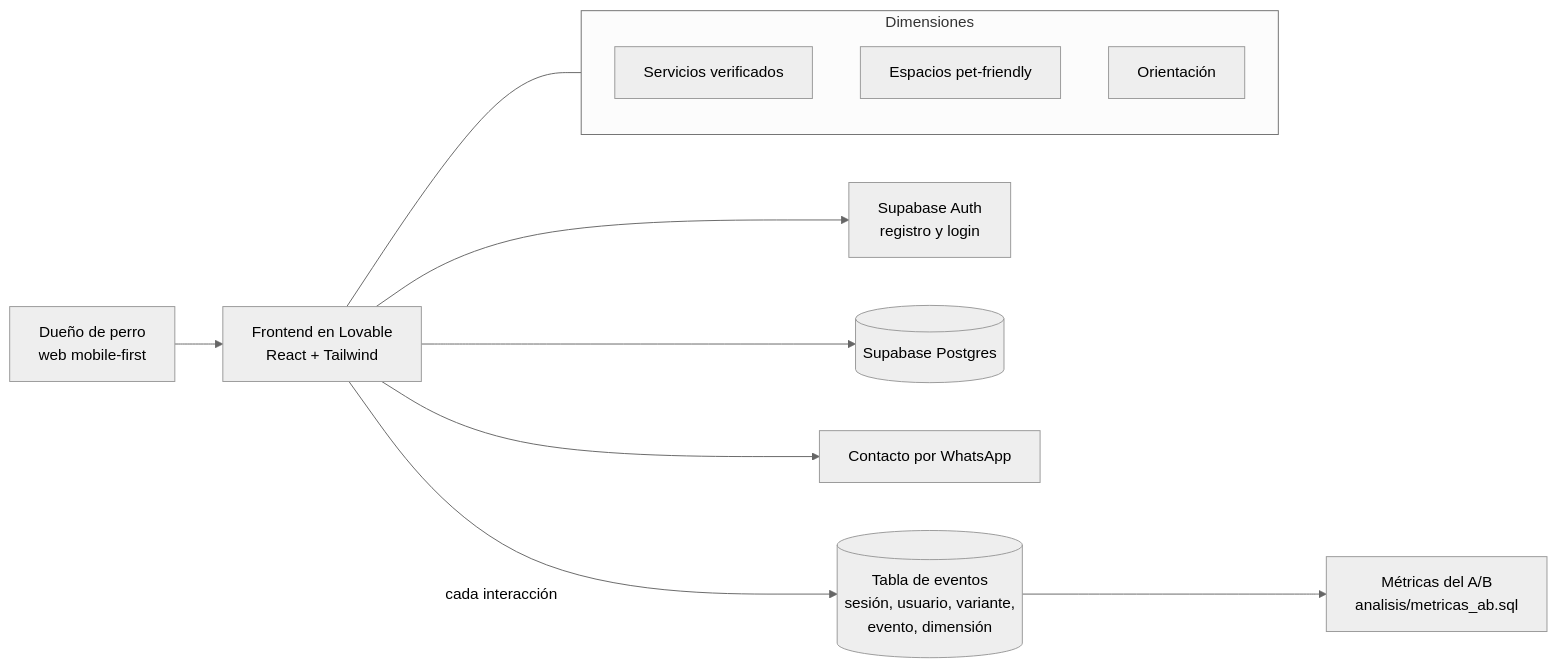
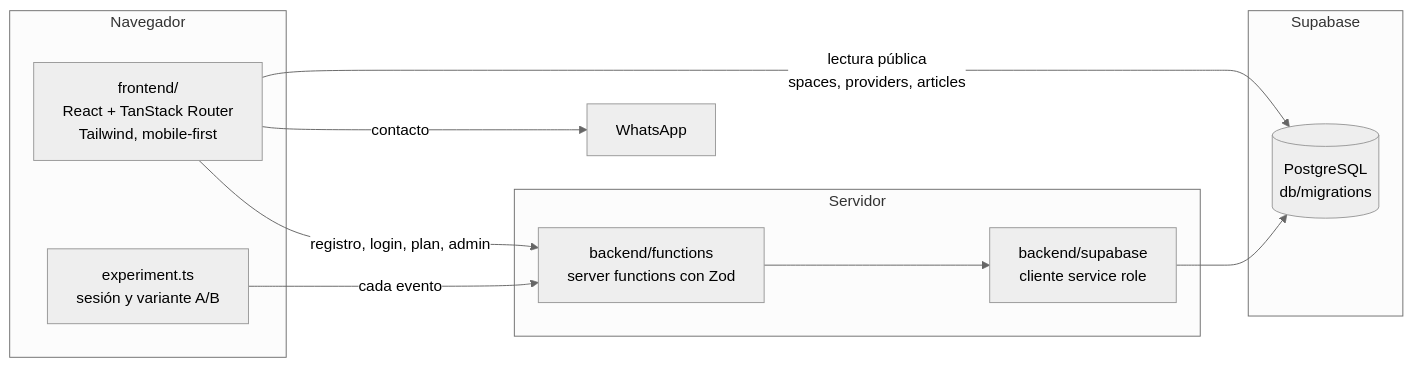
The diagram in README.md (rominacor21/hauz-marketplace-mascotas), drawn with Mermaid (neutral theme) before and after one commit. The commit also changed other lines of this file and 64 other files, not shown here.

First line of the commit message:
Código real de Hauz separado en frontend, backend, db y specs

````diff
--- a/README.md
+++ b/README.md
@@ -14,15 +14,19 @@
 ```mermaid
 flowchart LR
-    U[Dueño de perro<br/>web mobile-first] --> F[Frontend en Lovable<br/>React + Tailwind]
-    F --> A[Supabase Auth<br/>registro y login]
-    F --> D[(Supabase Postgres)]
-    F --> W[Contacto por WhatsApp]
-    subgraph Dimensiones
-      S[Servicios verificados]
-      E[Espacios pet-friendly]
-      O[Orientación]
+    subgraph Navegador
+      UI[frontend/<br/>React + TanStack Router<br/>Tailwind, mobile-first]
+      EXP[experiment.ts<br/>sesión y variante A/B]
     end
-    F --- Dimensiones
-    F -- cada interacción --> EV[(Tabla de eventos<br/>sesión, usuario, variante,<br/>evento, dimensión)]
-    EV --> M[Métricas del A/B<br/>analisis/metricas_ab.sql]
+    subgraph Servidor
+      FN[backend/functions<br/>server functions con Zod]
+      ADM[backend/supabase<br/>cliente service role]
+    end
+    subgraph Supabase
+      DB[(PostgreSQL<br/>db/migrations)]
+    end
+    UI -- lectura pública<br/>spaces, providers, articles --> DB
+    UI -- registro, login, plan, admin --> FN
+    EXP -- cada evento --> FN
+    FN --> ADM --> DB
+    UI -- contacto --> WA[WhatsApp]
 ```
````
